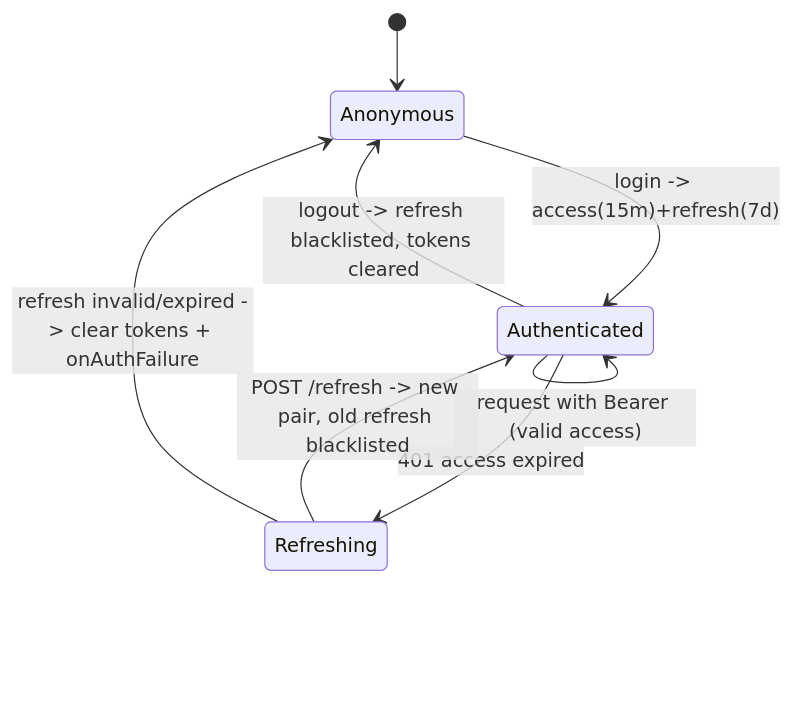
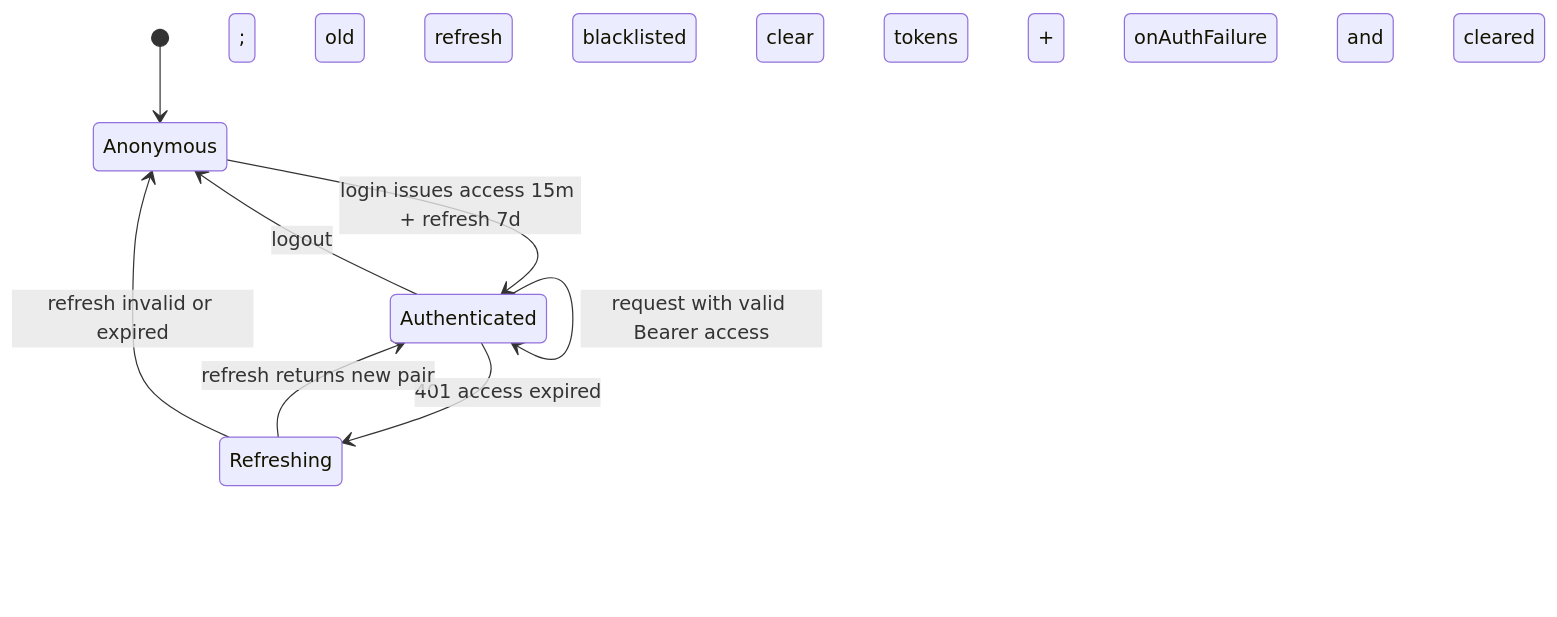
One commit to Utkarshum7/scopetrace-platform changed the fifth of 8 diagrams in docs/TECHNICAL_HANDOVER.md. Above: the diagram before and after it, drawn with Mermaid. The commit also changed other lines of this file and 2 other files, not shown here.

Commit message:
docs: add foundational architecture decision records
Add docs/ARCHITECTURE_DECISIONS.md: foundational platform ADRs 0015-0024
(Django, React, PostgreSQL, JWT, REST, React Query, multi-tenancy, RBAC,
Demo Mode + Demo AI provider, deployment topology), each with Context,
Options, Decision, Trade-offs, When-to-revisit, and Related ADRs/source/env.
Includes a "How to Read This Document" intro and a Decision Stability Matrix,
and indexes the existing domain ADRs 0001-0014.

Also harden Mermaid labels for reliable GitHub rendering: remove arrows and
parentheses from node/state labels in TECHNICAL_HANDOVER.md and
CARBON_ENGINE_DESIGN.md.

````diff
--- a/docs/TECHNICAL_HANDOVER.md
+++ b/docs/TECHNICAL_HANDOVER.md
@@ -422,10 +422,10 @@
 ```mermaid
 stateDiagram-v2
   [*] --> Anonymous
-  Anonymous --> Authenticated: login -> access(15m)+refresh(7d)
-  Authenticated --> Authenticated: request with Bearer (valid access)
+  Anonymous --> Authenticated: login issues access 15m + refresh 7d
+  Authenticated --> Authenticated: request with valid Bearer access
   Authenticated --> Refreshing: 401 access expired
-  Refreshing --> Authenticated: POST /refresh -> new pair, old refresh blacklisted
-  Refreshing --> Anonymous: refresh invalid/expired -> clear tokens + onAuthFailure
-  Authenticated --> Anonymous: logout -> refresh blacklisted, tokens cleared
+  Refreshing --> Authenticated: refresh returns new pair; old refresh blacklisted
+  Refreshing --> Anonymous: refresh invalid or expired; clear tokens + onAuthFailure
+  Authenticated --> Anonymous: logout; refresh blacklisted and tokens cleared
 ```
````
